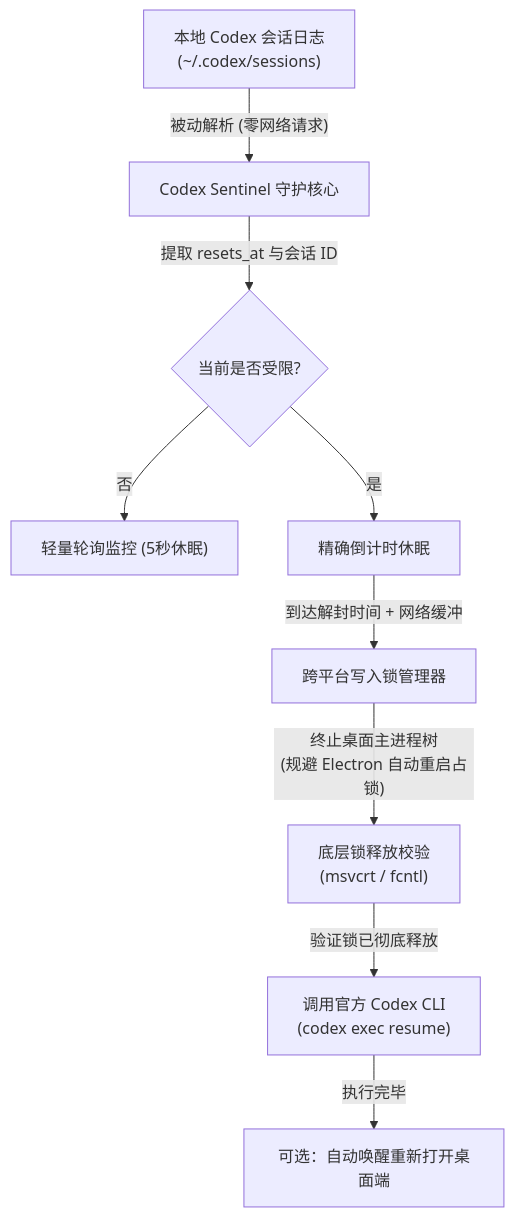
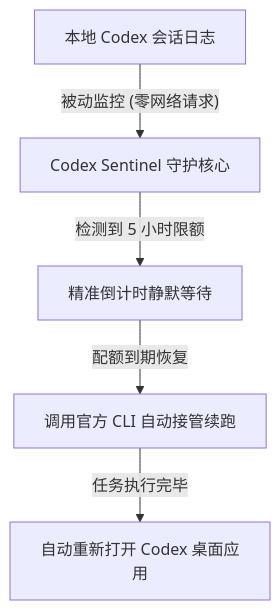
The diagram in README_zh.md (iss-hui/codex-sentinel), drawn with Mermaid before and after one commit. The commit also changed other lines of this file and 1 other file, not shown here.

````diff
--- a/README_zh.md
+++ b/README_zh.md
@@ -42,11 +26,7 @@
 ```mermaid
 flowchart TD
-    A["本地 Codex 会话日志<br/>(~/.codex/sessions)"] -->|"被动解析 (零网络请求)"| B["Codex Sentinel 守护核心"]
-    B -->|"提取 resets_at 与会话 ID"| C{"当前是否受限?"}
-    C -->|"否"| D["轻量轮询监控 (5秒休眠)"]
-    C -->|"是"| E["精确倒计时休眠"]
-    E -->|"到达解封时间 + 网络缓冲"| F["跨平台写入锁管理器"]
-    F -->|"终止桌面主进程树<br/>(规避 Electron 自动重启占锁)"| G["底层锁释放校验<br/>(msvcrt / fcntl)"]
-    G -->|"验证锁已彻底释放"| H["调用官方 Codex CLI<br/>(codex exec resume)"]
-    H -->|"执行完毕"| I["可选：自动唤醒重新打开桌面端"]
+    A["本地 Codex 会话日志"] -->|"被动监控 (零网络请求)"| B["Codex Sentinel 守护核心"]
+    B -->|"检测到 5 小时限额"| C["精准倒计时静默等待"]
+    C -->|"配额到期恢复"| D["调用官方 CLI 自动接管续跑"]
+    D -->|"任务执行完毕"| E["自动重新打开 Codex 桌面应用"]
 ```
````
